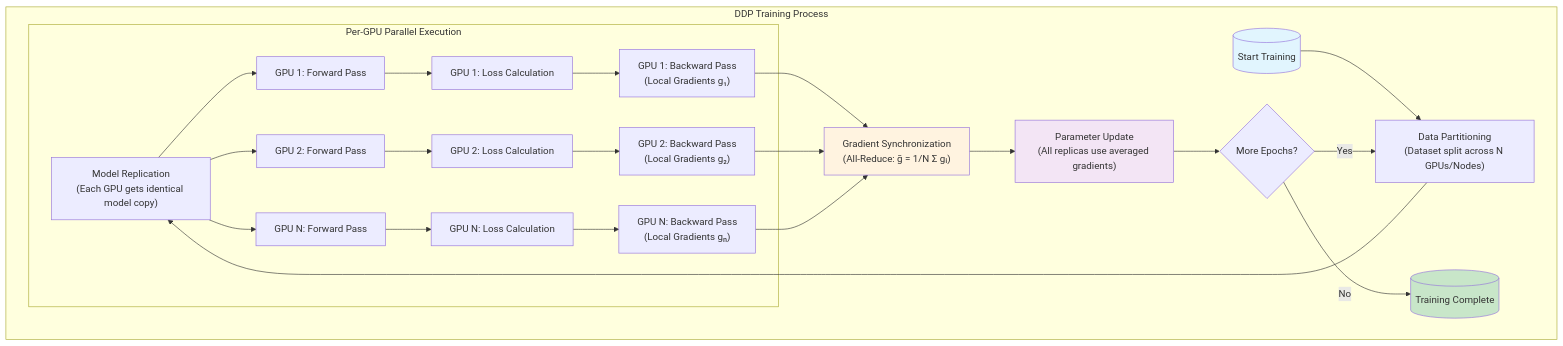
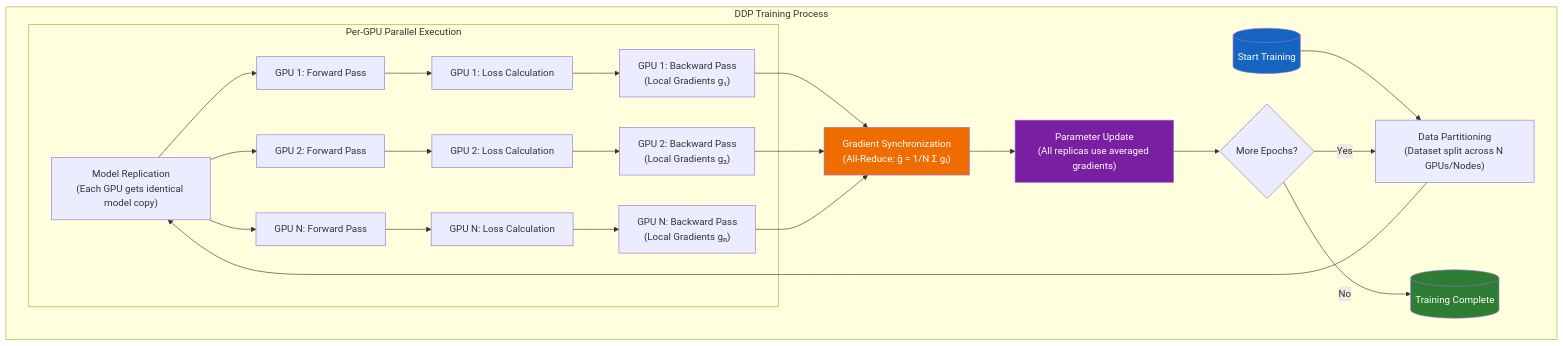
Before and after one commit to DrGnNatsu/Distributed_Data_Parallel: the diagram in docs/Introduction.md, drawn with Mermaid. The commit also changed other lines of this file, not shown here.

````diff
--- a/docs/Introduction.md
+++ b/docs/Introduction.md
@@ -69,35 +69,35 @@
 ```mermaid
 flowchart TD
     subgraph "DDP Training Process"
         A[("Start Training")] --> B["Data Partitioning\n(Dataset split across N GPUs/Nodes)"]
         B --> C["Model Replication\n(Each GPU gets identical model copy)"]
         
         subgraph "Per-GPU Parallel Execution"
             C --> D1["GPU 1: Forward Pass"]
             C --> D2["GPU 2: Forward Pass"]
             C --> D3["GPU N: Forward Pass"]
             
             D1 --> E1["GPU 1: Loss Calculation"]
             D2 --> E2["GPU 2: Loss Calculation"]
             D3 --> E3["GPU N: Loss Calculation"]
             
             E1 --> F1["GPU 1: Backward Pass\n(Local Gradients g₁)"]
             E2 --> F2["GPU 2: Backward Pass\n(Local Gradients g₂)"]
             E3 --> F3["GPU N: Backward Pass\n(Local Gradients gₙ)"]
         end
         
         F1 --> G["Gradient Synchronization\n(All-Reduce: ḡ = 1/N Σ gᵢ)"]
         F2 --> G
         F3 --> G
         
         G --> H["Parameter Update\n(All replicas use averaged gradients)"]
         H --> I{"More Epochs?"}
         I -->|Yes| B
         I -->|No| J[("Training Complete")]
     end
     
-    style A fill:#e1f5fe
-    style J fill:#c8e6c9
-    style G fill:#fff3e0
-    style H fill:#f3e5f5
+    style A fill:#1565c0,color:#ffffff
+        style J fill:#2e7d32,color:#ffffff
+        style G fill:#ef6c00,color:#ffffff
+        style H fill:#7b1fa2,color:#ffffff
 ```
````
